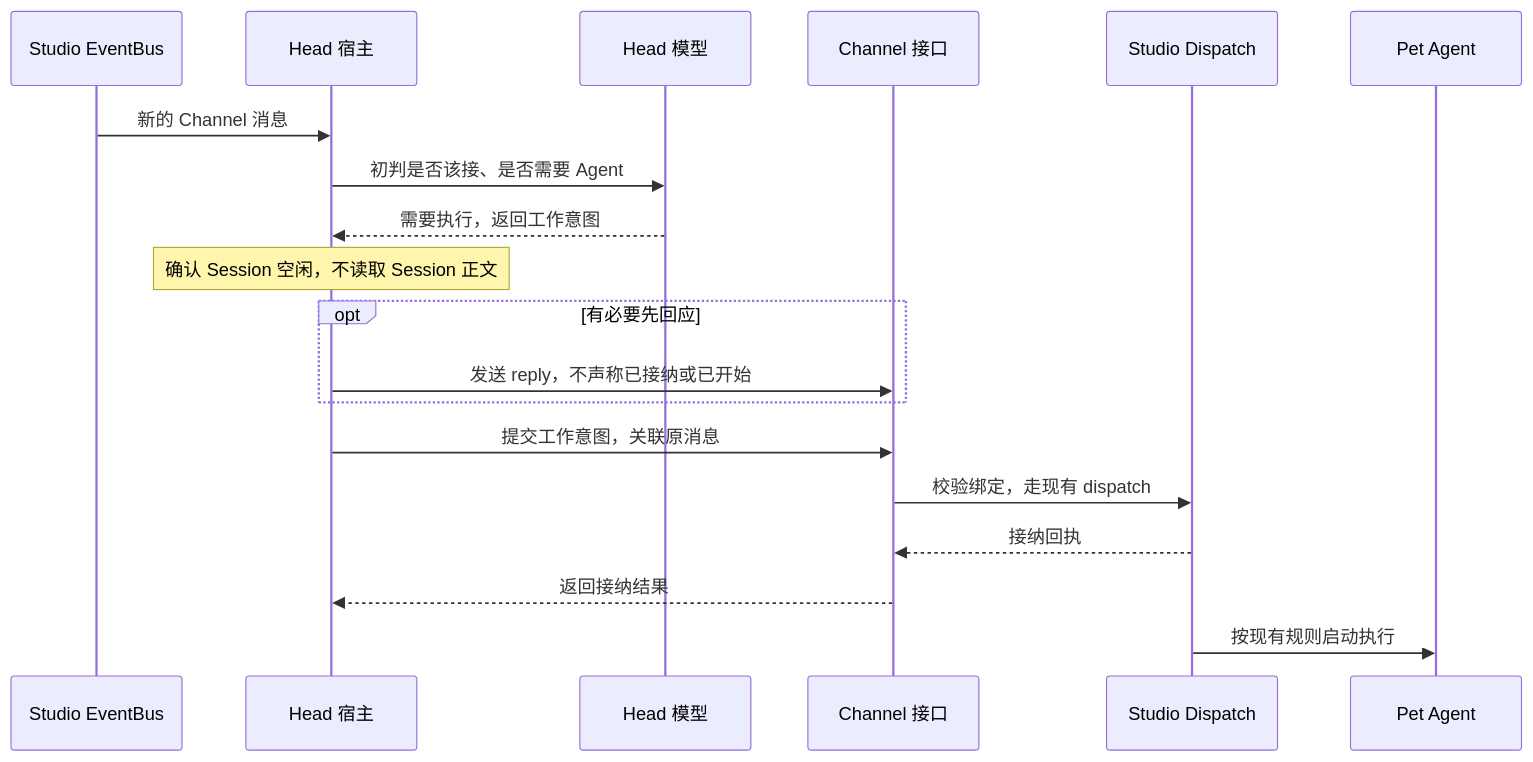
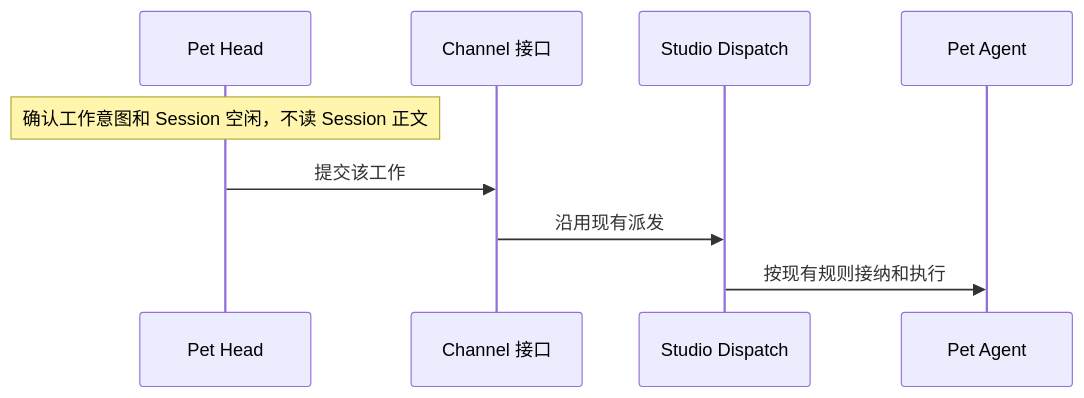
Before and after one commit to pinpawo/pinpawo-agent: the second of 4 diagrams in docs/design/studio/pet-head-mechanism.md, drawn with Mermaid. The commit also changed other lines of this file, not shown here.

Commit message:
docs(studio): simplify Pet Head routing for review

````diff
--- a/docs/design/studio/pet-head-mechanism.md
+++ b/docs/design/studio/pet-head-mechanism.md
@@ -77,21 +58,11 @@
 ```mermaid
 sequenceDiagram
-    participant B as Studio EventBus
-    participant H as Head 宿主
-    participant M as Head 模型
+    participant H as Pet Head
     participant C as Channel 接口
     participant D as Studio Dispatch
     participant A as Pet Agent
-    B->>H: 新的 Channel 消息
-    H->>M: 初判是否该接、是否需要 Agent
-    M-->>H: 需要执行，返回工作意图
-    Note over H: 确认 Session 空闲，不读取 Session 正文
-    opt 有必要先回应
-        H->>C: 发送 reply，不声称已接纳或已开始
-    end
-    H->>C: 提交工作意图，关联原消息
-    C->>D: 校验绑定，走现有 dispatch
-    D-->>C: 接纳回执
-    C-->>H: 返回接纳结果
-    D->>A: 按现有规则启动执行
+    Note over H: 确认工作意图和 Session 空闲，不读 Session 正文
+    H->>C: 提交该工作
+    C->>D: 沿用现有派发
+    D->>A: 按现有规则接纳和执行
 ```
````
